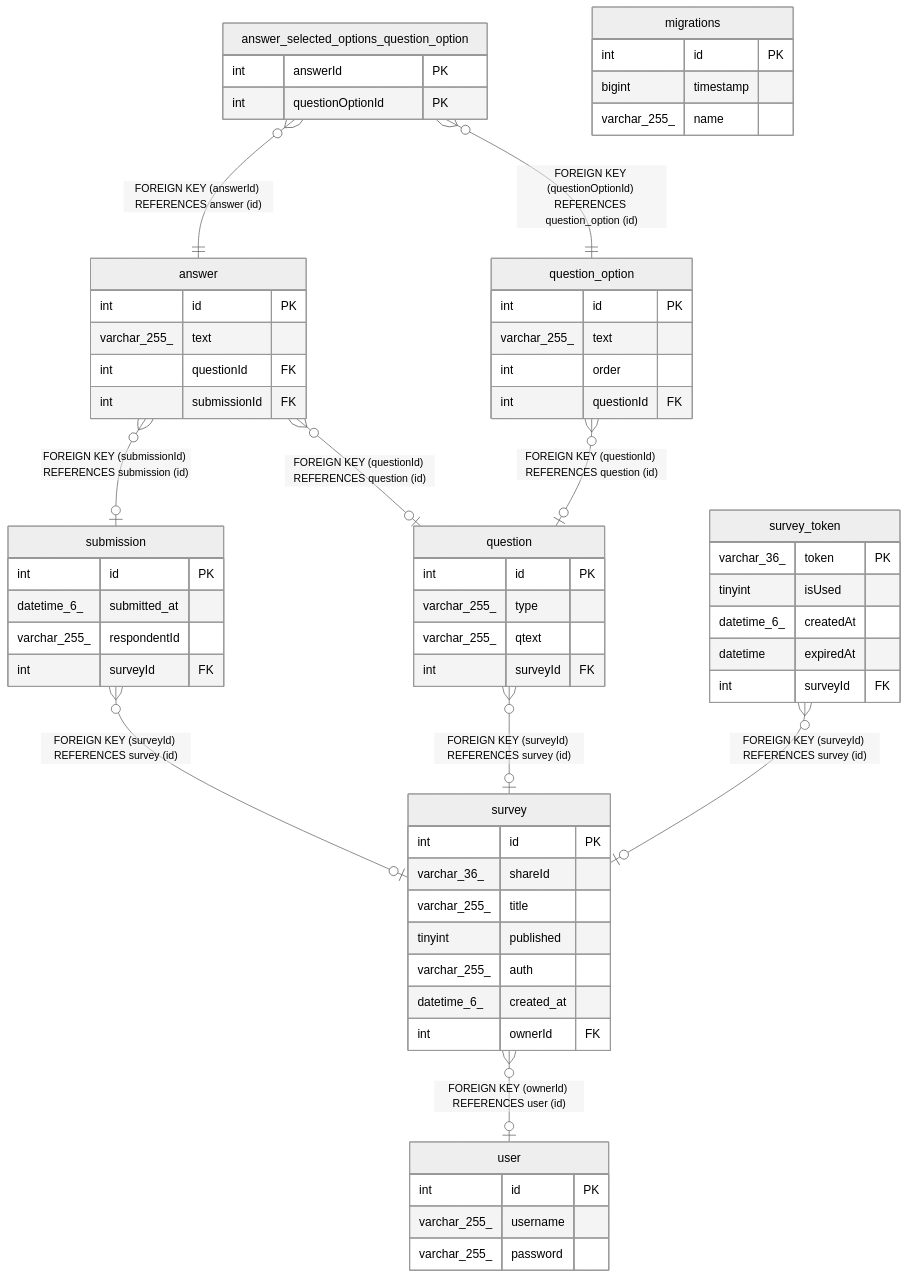
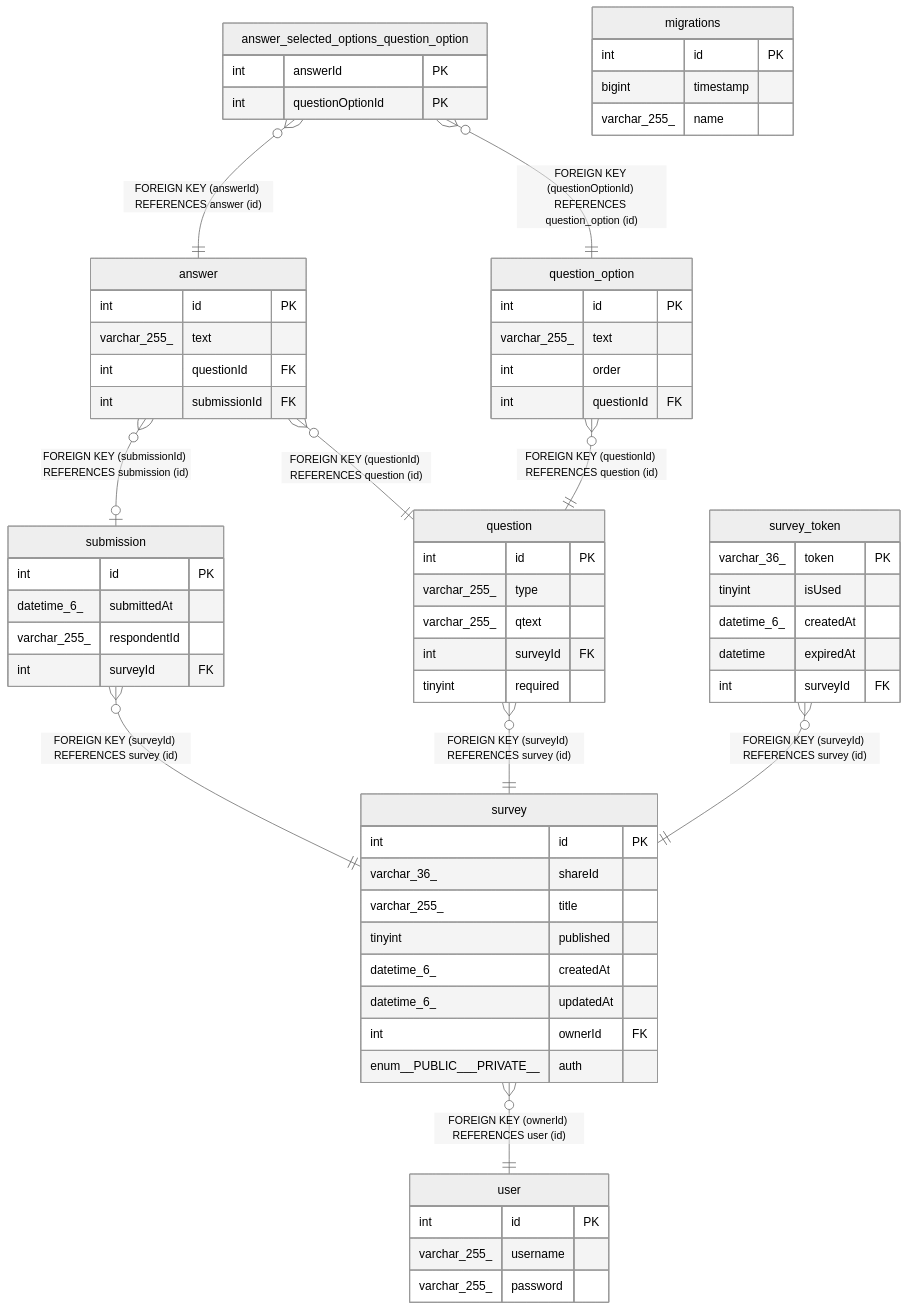
One commit to BepHblVI/First-nest changed the diagram in docs/database/README.md. Above: the diagram before and after it, drawn with Mermaid (neutral theme). The commit also changed other lines of this file and 16 other files, not shown here.

````diff
--- a/docs/database/README.md
+++ b/docs/database/README.md
@@ -19,68 +19,70 @@
 ```mermaid
 erDiagram
 
 "answer" }o--o| "submission" : "FOREIGN KEY (submissionId) REFERENCES submission (id)"
-"answer" }o--o| "question" : "FOREIGN KEY (questionId) REFERENCES question (id)"
+"answer" }o--|| "question" : "FOREIGN KEY (questionId) REFERENCES question (id)"
 "answer_selected_options_question_option" }o--|| "answer" : "FOREIGN KEY (answerId) REFERENCES answer (id)"
 "answer_selected_options_question_option" }o--|| "question_option" : "FOREIGN KEY (questionOptionId) REFERENCES question_option (id)"
-"question" }o--o| "survey" : "FOREIGN KEY (surveyId) REFERENCES survey (id)"
-"question_option" }o--o| "question" : "FOREIGN KEY (questionId) REFERENCES question (id)"
-"submission" }o--o| "survey" : "FOREIGN KEY (surveyId) REFERENCES survey (id)"
-"survey" }o--o| "user" : "FOREIGN KEY (ownerId) REFERENCES user (id)"
-"survey_token" }o--o| "survey" : "FOREIGN KEY (surveyId) REFERENCES survey (id)"
+"question" }o--|| "survey" : "FOREIGN KEY (surveyId) REFERENCES survey (id)"
+"question_option" }o--|| "question" : "FOREIGN KEY (questionId) REFERENCES question (id)"
+"submission" }o--|| "survey" : "FOREIGN KEY (surveyId) REFERENCES survey (id)"
+"survey" }o--|| "user" : "FOREIGN KEY (ownerId) REFERENCES user (id)"
+"survey_token" }o--|| "survey" : "FOREIGN KEY (surveyId) REFERENCES survey (id)"
 
 "answer" {
   int id PK
   varchar_255_ text
   int questionId FK
   int submissionId FK
 }
 "answer_selected_options_question_option" {
   int answerId PK
   int questionOptionId PK
 }
 "migrations" {
   int id PK
   bigint timestamp
   varchar_255_ name
 }
 "question" {
   int id PK
   varchar_255_ type
   varchar_255_ qtext
   int surveyId FK
+  tinyint required
 }
 "question_option" {
   int id PK
   varchar_255_ text
   int order
   int questionId FK
 }
 "submission" {
   int id PK
-  datetime_6_ submitted_at
+  datetime_6_ submittedAt
   varchar_255_ respondentId
   int surveyId FK
 }
 "survey" {
   int id PK
   varchar_36_ shareId
   varchar_255_ title
   tinyint published
-  varchar_255_ auth
-  datetime_6_ created_at
+  datetime_6_ createdAt
+  datetime_6_ updatedAt
   int ownerId FK
+  enum__PUBLIC___PRIVATE__ auth
 }
 "survey_token" {
   varchar_36_ token PK
   tinyint isUsed
   datetime_6_ createdAt
   datetime expiredAt
   int surveyId FK
 }
 "user" {
   int id PK
   varchar_255_ username
   varchar_255_ password
 }
 ```
````
